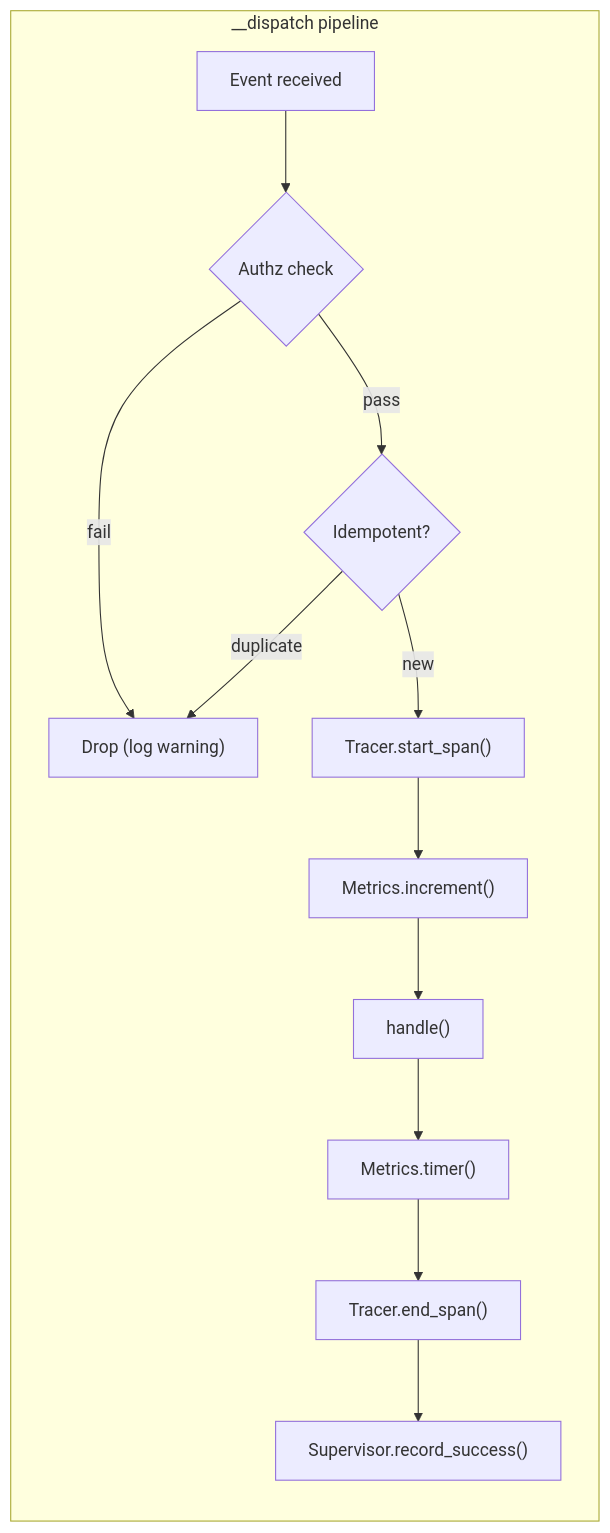
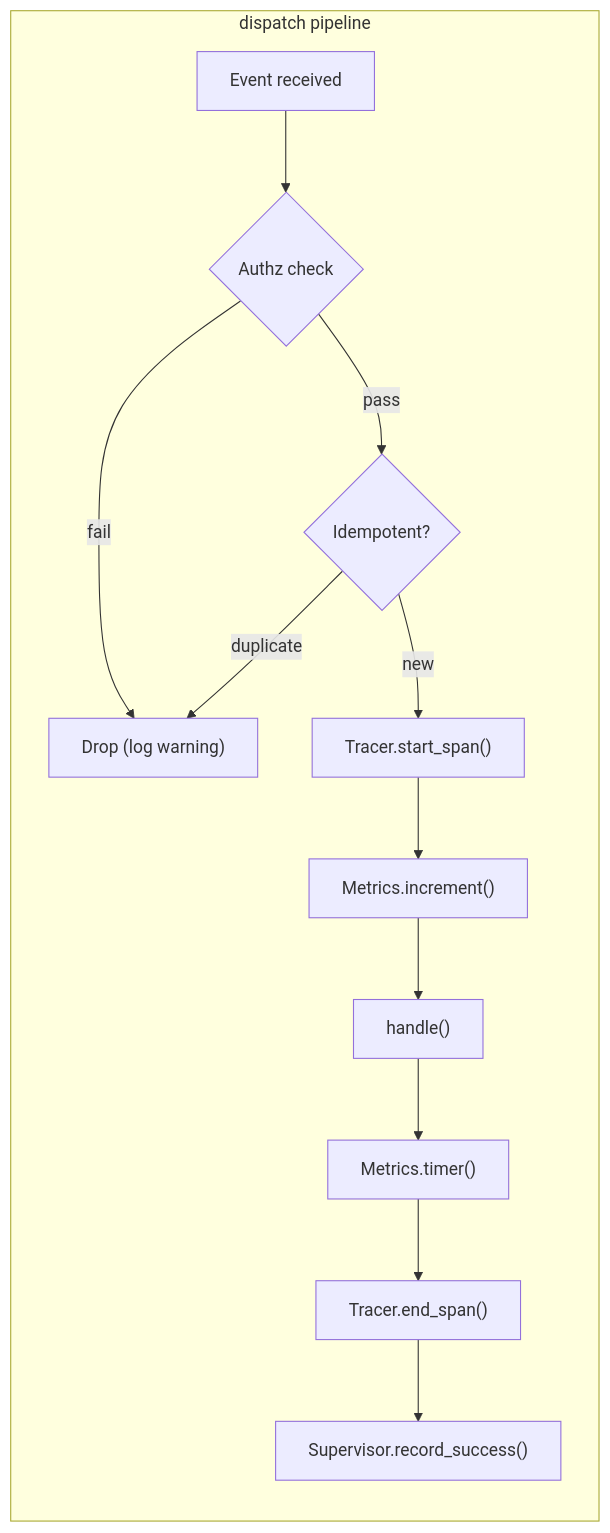
One commit to sachn-cs/unsecured-lending-underwriting changed the third of 5 diagrams in docs/architecture.md. Above: the diagram before and after it, drawn with Mermaid. The commit also changed other lines of this file, not shown here.

````diff
--- a/docs/architecture.md
+++ b/docs/architecture.md
@@ -106,15 +106,15 @@
 ```mermaid
 flowchart LR
-    subgraph Dispatch["__dispatch pipeline"]
+    subgraph Dispatch["dispatch pipeline"]
         E["Event received"] --> A1{"Authz check"}
         A1 -->|fail| DROP["Drop (log warning)"]
         A1 -->|pass| I1{"Idempotent?"}
         I1 -->|duplicate| DROP
         I1 -->|new| T["Tracer.start_span()"]
         T --> M["Metrics.increment()"]
         M --> H["handle()"]
         H --> M2["Metrics.timer()"]
         M2 --> T2["Tracer.end_span()"]
         T2 --> SUP["Supervisor.record_success()"]
     end
 ```
````
